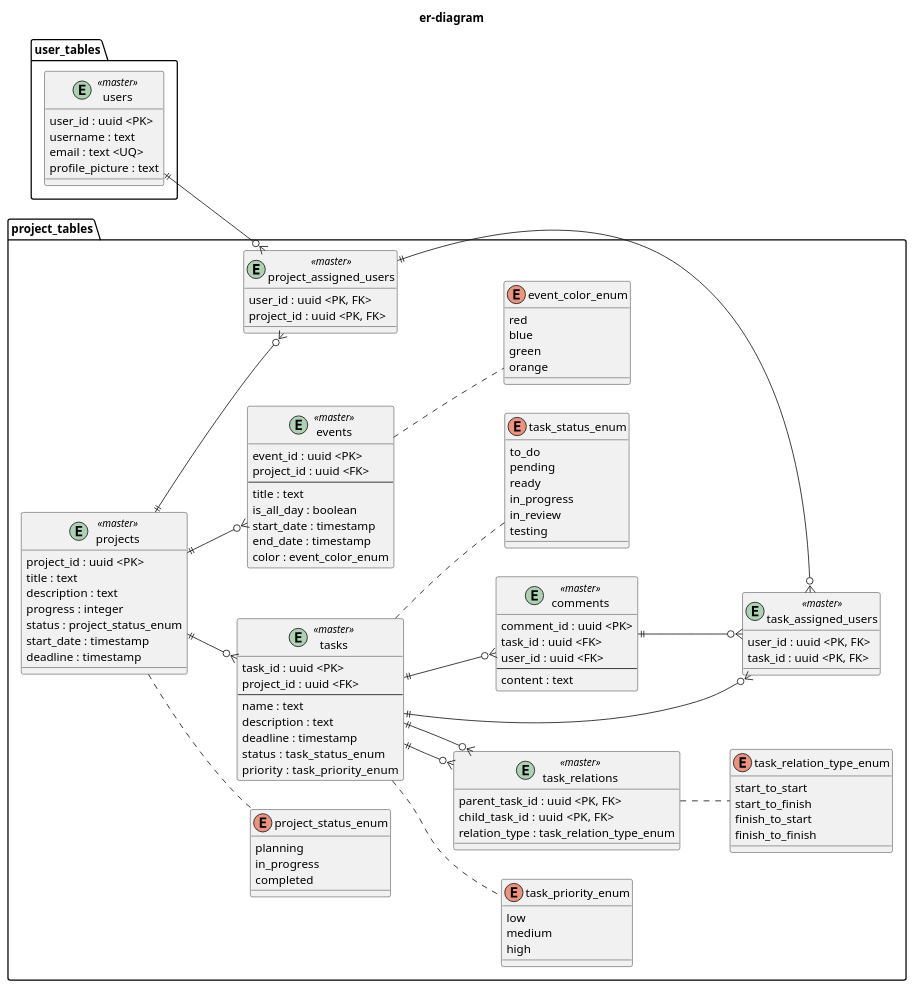
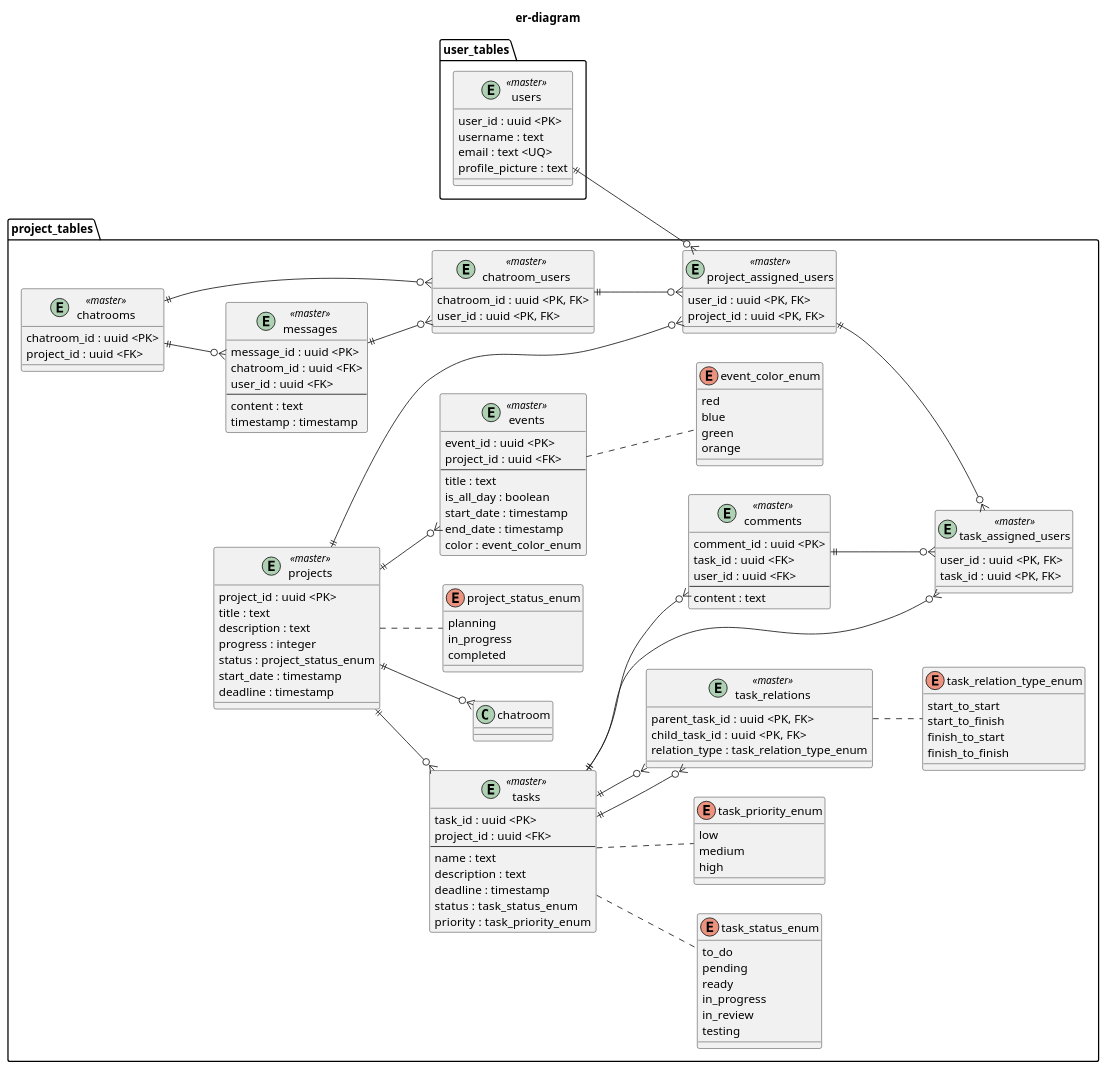
The diagram in doc/backend/er-diagram/er-diagram.pu (KaungSetLinn/FlowMatic), drawn with PlantUML before and after one commit.

Commit message:
add: chat関連エンティティの作成

```diff
--- a/doc/backend/er-diagram/er-diagram.pu
+++ b/doc/backend/er-diagram/er-diagram.pu
@@ -1,115 +1,136 @@
 @startuml er-diagram
 
 left to right direction
 
 title er-diagram
 
 package user_tables {
     entity users <<master>>{
     user_id : uuid <PK>
     username : text
     email : text <UQ>
     profile_picture : text
     }
 }
 
 package project_tables {
     entity projects <<master>>{
         project_id : uuid <PK>
         title : text
         description : text
         progress : integer
         status : project_status_enum
         start_date : timestamp
         deadline : timestamp
     }
     enum project_status_enum {
         planning
         in_progress
         completed
     }
     entity project_assigned_users <<master>>{
         user_id : uuid <PK, FK>
         project_id : uuid <PK, FK>
     }
     entity tasks <<master>>{
         task_id : uuid <PK>
         project_id : uuid <FK>
         ---
         name : text
         description : text
         deadline : timestamp
         status :  task_status_enum
         priority :  task_priority_enum
     }
     enum  task_status_enum {
         to_do
         pending
         ready
         in_progress
         in_review
         testing
     }
     enum  task_priority_enum {
         low
         medium
         high
     }
     entity task_assigned_users <<master>>{
         user_id : uuid <PK, FK>
         task_id : uuid <PK, FK>
     }
     entity task_relations <<master>>{
         parent_task_id : uuid <PK, FK>
         child_task_id  : uuid <PK, FK>
         relation_type : task_relation_type_enum
     }
     enum task_relation_type_enum {
         start_to_start
         start_to_finish
         finish_to_start
         finish_to_finish
     }
     entity comments <<master>>{
         comment_id : uuid <PK>
         task_id : uuid <FK>
         user_id : uuid <FK>
         ---
         content : text
     }
     entity events <<master>>{
         event_id : uuid <PK>
         project_id : uuid <FK>
         ---
         title : text
         is_all_day : boolean
         start_date : timestamp
         end_date : timestamp
         color : event_color_enum
     }
     enum event_color_enum {
         red
         blue
         green
         orange
     }
+    entity chatrooms <<master>>{
+        chatroom_id : uuid <PK>
+        project_id : uuid <FK>
+    }
+    entity chatroom_users <<master>>{
+        chatroom_id : uuid <PK, FK>
+        user_id : uuid <PK, FK>
+    }
+    entity messages <<master>>{
+        message_id : uuid <PK>
+        chatroom_id : uuid <FK>
+        user_id : uuid <FK>
+        ---
+        content : text
+        timestamp : timestamp
+    }
 
     projects ||--o{ project_assigned_users
     project_assigned_users ||--o{ task_assigned_users
     projects ||--o{ tasks
     tasks ||--o{ task_relations
     tasks ||--o{ task_relations
     task_relations .. task_relation_type_enum
     tasks ..  task_priority_enum
     tasks ..  task_status_enum
     tasks ||--o{ task_assigned_users
-tasks ||--o{ comments
+    tasks ||--o{ comments
     comments ||--o{ task_assigned_users
     projects .. project_status_enum
     projects ||--o{ events
     events .. event_color_enum
+    projects ||--o{ chatroom
+    chatrooms ||--o{ chatroom_users
+    chatroom_users ||--o{ project_assigned_users
+    chatrooms ||--o{ messages
+    messages ||--o{ chatroom_users
 }
 
 users ||--o{ project_assigned_users
 
 @enduml
```
